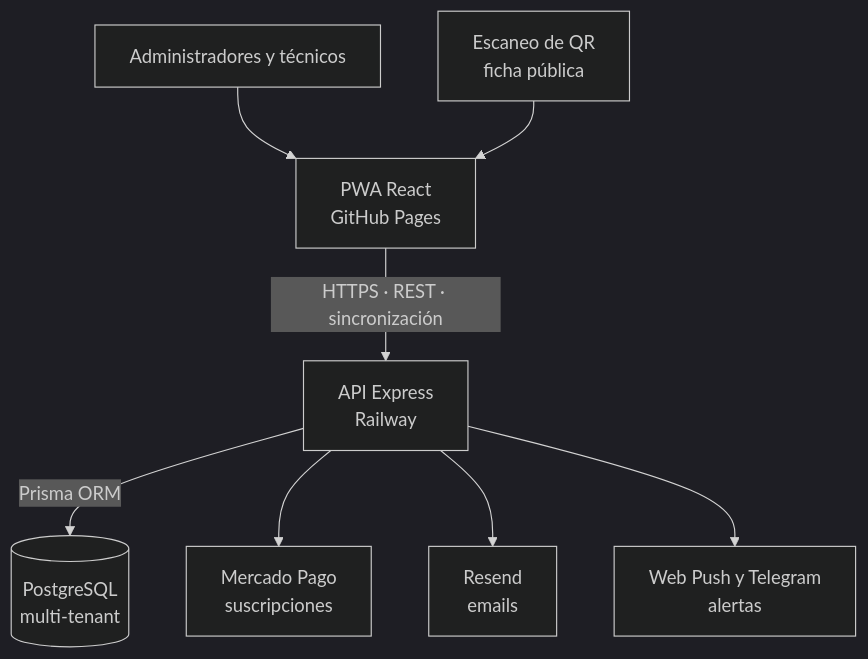
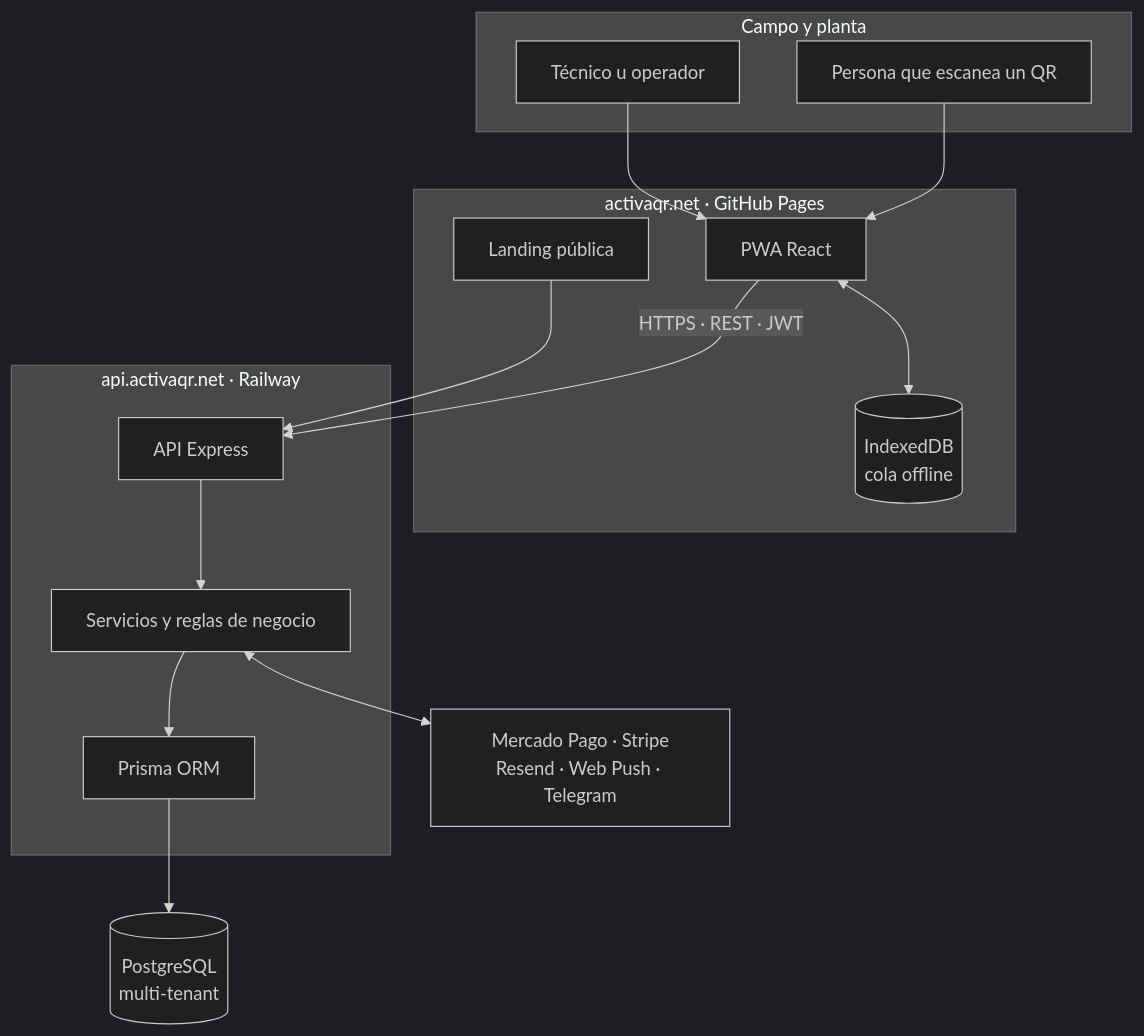
One commit to jesus1942/ActivaQr changed the first of 16 diagrams in README.md. Above: the diagram before and after it, drawn with Mermaid (dark theme). The commit also changed other lines of this file and 8 other files, not shown here.

````diff
--- a/README.md
+++ b/README.md
@@ -99,10 +120,30 @@
 ```mermaid
-flowchart TD
-    usuarios["Administradores y técnicos"] --> pwa["PWA React<br/>GitHub Pages"]
-    qr["Escaneo de QR<br/>ficha pública"] --> pwa
-    pwa -->|"HTTPS · REST · sincronización"| api["API Express<br/>Railway"]
-    api -->|"Prisma ORM"| db[("PostgreSQL<br/>multi-tenant")]
-    api --> pagos["Mercado Pago<br/>suscripciones"]
-    api --> correo["Resend<br/>emails"]
-    api --> avisos["Web Push y Telegram<br/>alertas"]
+flowchart TB
+    subgraph campo["Campo y planta"]
+        tecnico["Técnico u operador"]
+        qr["Persona que escanea un QR"]
+    end
+
+    subgraph web["activaqr.net · GitHub Pages"]
+        landing["Landing pública"]
+        pwa["PWA React"]
+        offline[("IndexedDB<br/>cola offline")]
+    end
+
+    subgraph backend["api.activaqr.net · Railway"]
+        api["API Express"]
+        reglas["Servicios y reglas de negocio"]
+        prisma["Prisma ORM"]
+    end
+
+    db[("PostgreSQL<br/>multi-tenant")]
+    externos["Mercado Pago · Stripe<br/>Resend · Web Push · Telegram"]
+
+    tecnico --> pwa
+    qr --> pwa
+    landing --> api
+    pwa <--> offline
+    pwa -->|"HTTPS · REST · JWT"| api
+    api --> reglas --> prisma --> db
+    reglas <--> externos
 ```
````
